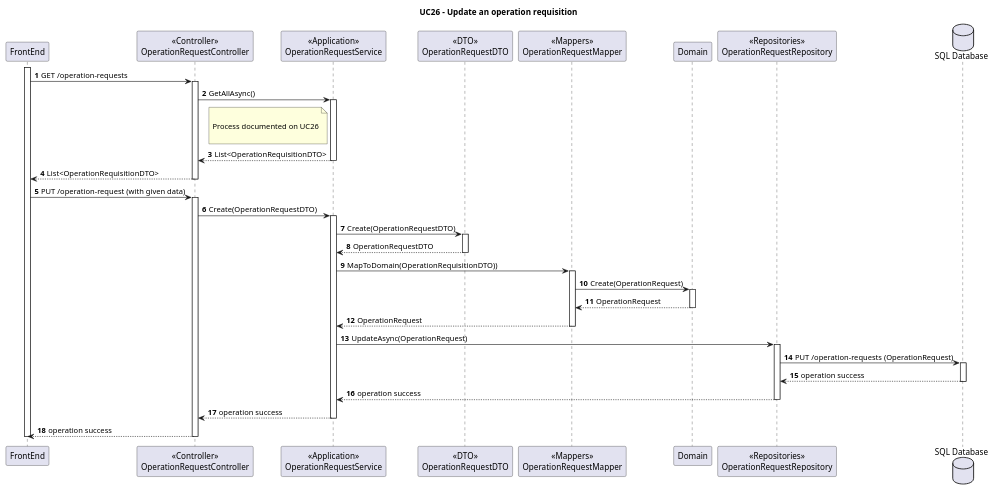
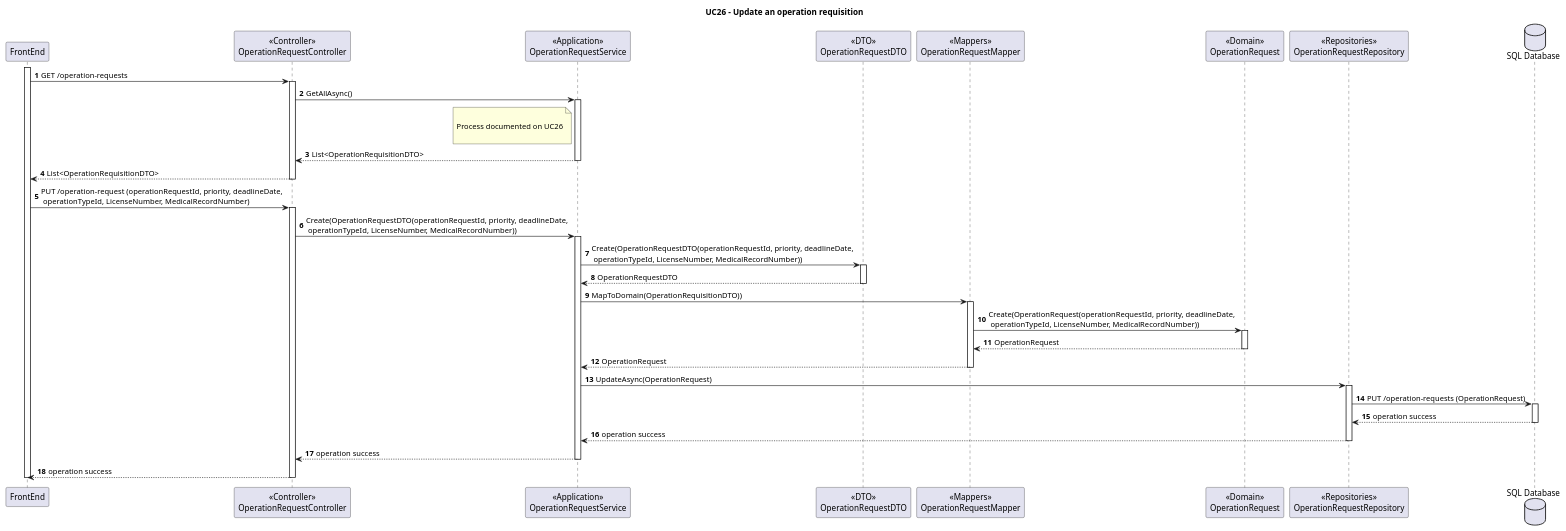
One commit to MiguelCardoso77/SurgicalSync-BackEnd changed the diagram in Wiki/SprintA/diagrams/use-cases/26-update-an-operation-requisition/level3/backend-process-view.puml. Above: the diagram before and after it, drawn with PlantUML. The commit also changed 1 other file, not shown here.

```diff
--- a/Wiki/SprintA/diagrams/use-cases/26-update-an-operation-requisition/level3/backend-process-view.puml
+++ b/Wiki/SprintA/diagrams/use-cases/26-update-an-operation-requisition/level3/backend-process-view.puml
@@ -1,96 +1,96 @@
 @startuml
 autonumber
 
 Title "UC26 - Update an operation requisition"
 
 participant "FrontEnd" as FE
 participant "<<Controller>>\nOperationRequestController" as CN
 participant "<<Application>>\nOperationRequestService" as SV
 participant "<<DTO>>\nOperationRequestDTO" as DTO
 participant "<<Mappers>>\nOperationRequestMapper" as MP
-participant "Domain" as DM
+participant "<<Domain>>\nOperationRequest" as DM
 participant "<<Repositories>>\nOperationRequestRepository" as REPO
 database "SQL Database" as SQL
 
 activate FE
 
 FE -> CN : GET /operation-requests
 
 activate CN
 
 CN -> SV: GetAllAsync()
 
 activate SV
 
     note left of SV
     
     Process documented on UC26
     
     end note
     
     SV --> CN : List<OperationRequisitionDTO>
 
 deactivate SV
 
 CN --> FE : List<OperationRequisitionDTO>
 
 deactivate CN
 
-FE -> CN : PUT /operation-request (with given data)
+FE -> CN : PUT /operation-request (operationRequestId, priority, deadlineDate,\n operationTypeId, LicenseNumber, MedicalRecordNumber)
 
 activate CN
 
-CN -> SV : Create(OperationRequestDTO)
+CN -> SV : Create(OperationRequestDTO(operationRequestId, priority, deadlineDate,\n operationTypeId, LicenseNumber, MedicalRecordNumber))
 
 activate SV
 
-SV -> DTO :  Create(OperationRequestDTO)
+SV -> DTO :  Create(OperationRequestDTO(operationRequestId, priority, deadlineDate,\n operationTypeId, LicenseNumber, MedicalRecordNumber))
 
 activate DTO 
 
 DTO --> SV : OperationRequestDTO
 
 deactivate DTO 
 
 SV -> MP : MapToDomain(OperationRequisitionDTO))
 
 activate MP
 
-MP -> DM : Create(OperationRequest)
+MP -> DM : Create(OperationRequest(operationRequestId, priority, deadlineDate,\n operationTypeId, LicenseNumber, MedicalRecordNumber))
 
 activate DM
 
 DM --> MP : OperationRequest
 
 deactivate DM
 
 MP --> SV : OperationRequest
 
 deactivate MP 
 
 SV -> REPO : UpdateAsync(OperationRequest)
 
 activate REPO
 
 REPO -> SQL : PUT /operation-requests (OperationRequest)
 
 activate SQL 
 
 SQL --> REPO : operation success
 
 deactivate SQL
 
 REPO --> SV : operation success
 
 deactivate REPO
 
 SV --> CN : operation success
 
 deactivate SV
 
 CN --> FE : operation success
 
 deactivate CN
 
 deactivate FE
 @enduml
```
